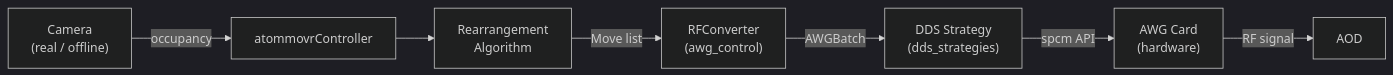
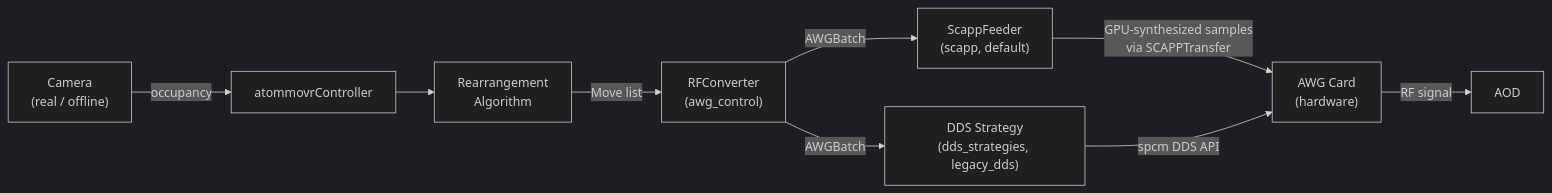
The diagram in awg_controller/README.md (davidKMJ/atommovr-zwierlein), drawn with Mermaid (dark theme) before and after one commit. The commit also changed other lines of this file and 19 other files, not shown here.

````diff
--- a/awg_controller/README.md
+++ b/awg_controller/README.md
@@ -9,9 +24,11 @@
 ```mermaid
 flowchart LR
     Cam["Camera<br/>(real / offline)"] -->|occupancy| Ctrl["atommovrController"]
     Algo["Rearrangement<br/>Algorithm"] -->|Move list| RF["RFConverter<br/>(awg_control)"]
     Ctrl --> Algo
-    RF -->|AWGBatch| Strat["DDS Strategy<br/>(dds_strategies)"]
-    Strat -->|spcm API| Card["AWG Card<br/>(hardware)"]
+    RF -->|AWGBatch| Feeder["ScappFeeder<br/>(scapp, default)"]
+    RF -->|AWGBatch| Strat["DDS Strategy<br/>(dds_strategies, legacy_dds)"]
+    Feeder -->|GPU-synthesized samples<br/>via SCAPPTransfer| Card["AWG Card<br/>(hardware)"]
+    Strat -->|spcm DDS API| Card
     Card -->|RF signal| AOD["AOD"]
 ```
````
